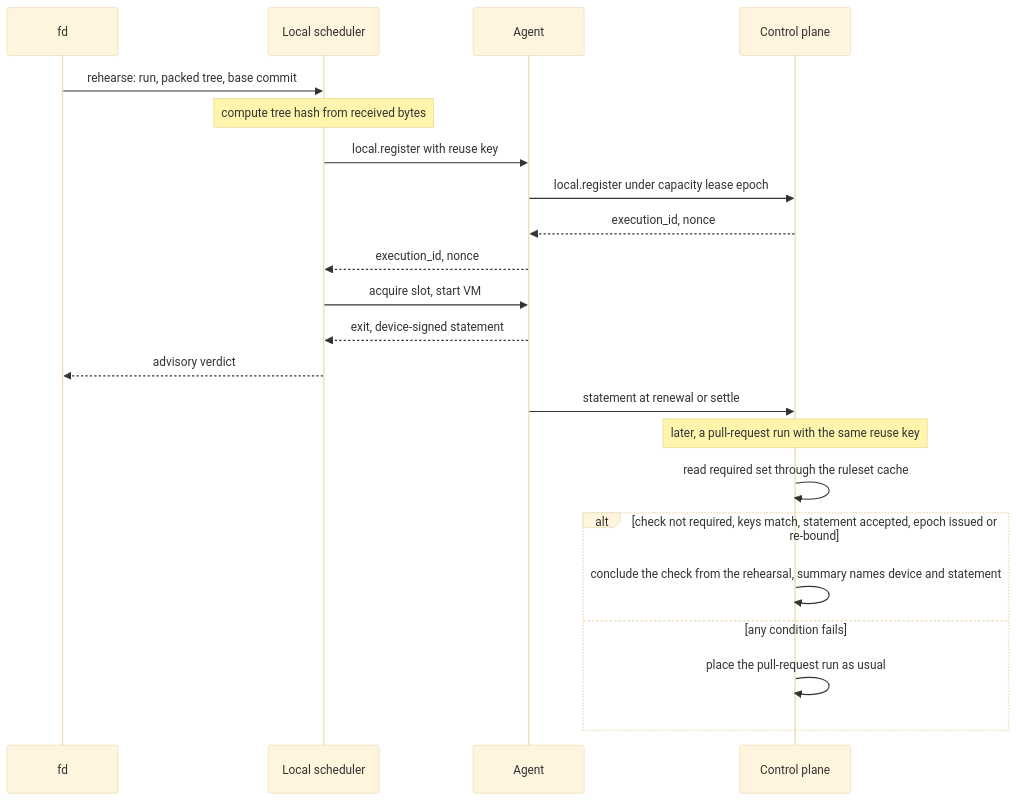
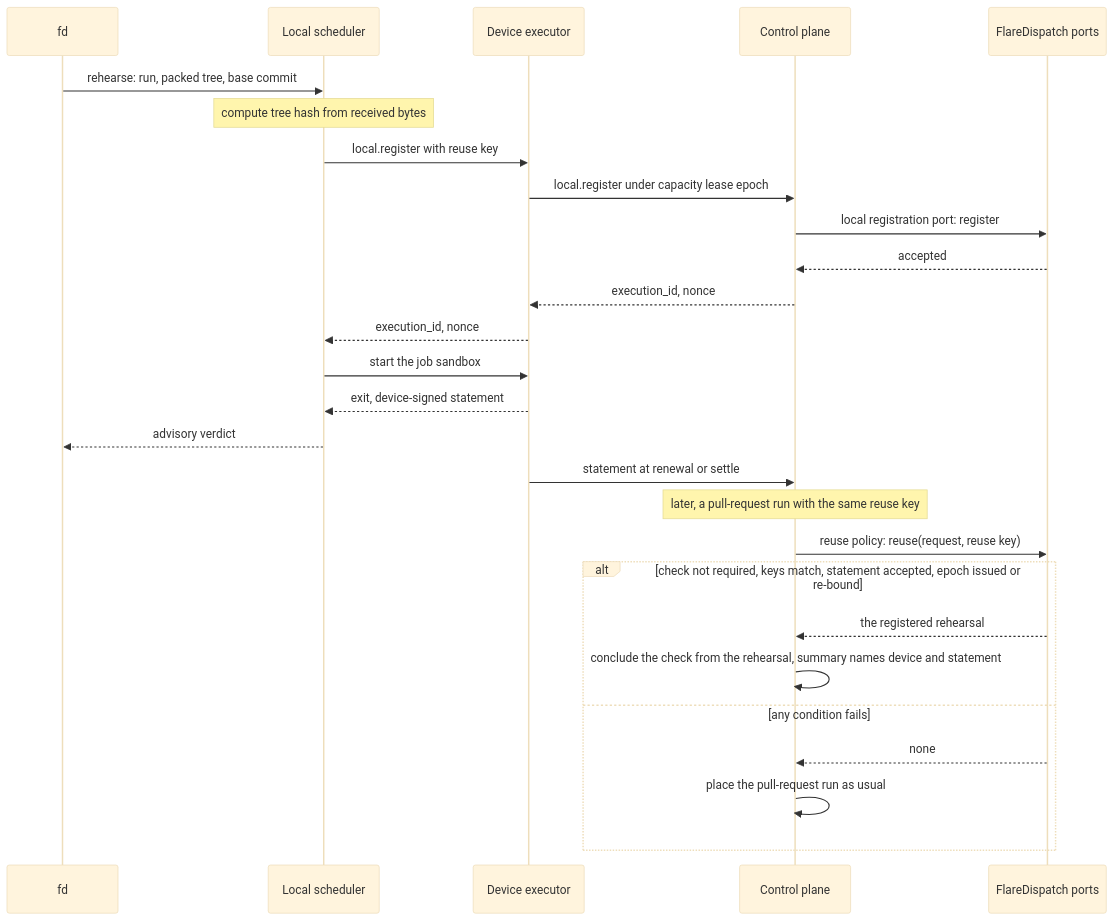
The diagram in specs/local-scheduler.md (fractalboxdev/flare-dispatch), drawn with Mermaid (base theme) before and after one commit. The commit also changed other lines of this file and 45 other files, not shown here.

First line of the commit message:
specs: FlareDispatch's CI half on mameko

````diff
--- a/specs/local-scheduler.md
+++ b/specs/local-scheduler.md
@@ -137,25 +46,30 @@
 ```mermaid
 sequenceDiagram
   accTitle: Rehearsal registration and later reuse
   participant SH as fd
   participant LS as Local scheduler
-  participant AG as Agent
+  participant DX as Device executor
   participant CP as Control plane
+  participant FD as FlareDispatch ports
   SH->>LS: rehearse: run, packed tree, base commit
   Note over LS: compute tree hash from received bytes
-  LS->>AG: local.register with reuse key
-  AG->>CP: local.register under capacity lease epoch
-  CP-->>AG: execution_id, nonce
-  AG-->>LS: execution_id, nonce
-  LS->>AG: acquire slot, start VM
-  AG-->>LS: exit, device-signed statement
+  LS->>DX: local.register with reuse key
+  DX->>CP: local.register under capacity lease epoch
+  CP->>FD: local registration port: register
+  FD-->>CP: accepted
+  CP-->>DX: execution_id, nonce
+  DX-->>LS: execution_id, nonce
+  LS->>DX: start the job sandbox
+  DX-->>LS: exit, device-signed statement
   LS-->>SH: advisory verdict
-  AG->>CP: statement at renewal or settle
+  DX->>CP: statement at renewal or settle
   Note over CP: later, a pull-request run with the same reuse key
-  CP->>CP: read required set through the ruleset cache
+  CP->>FD: reuse policy: reuse(request, reuse key)
   alt check not required, keys match, statement accepted, epoch issued or re-bound
+    FD-->>CP: the registered rehearsal
     CP->>CP: conclude the check from the rehearsal, summary names device and statement
   else any condition fails
+    FD-->>CP: none
     CP->>CP: place the pull-request run as usual
   end
 ```
````
